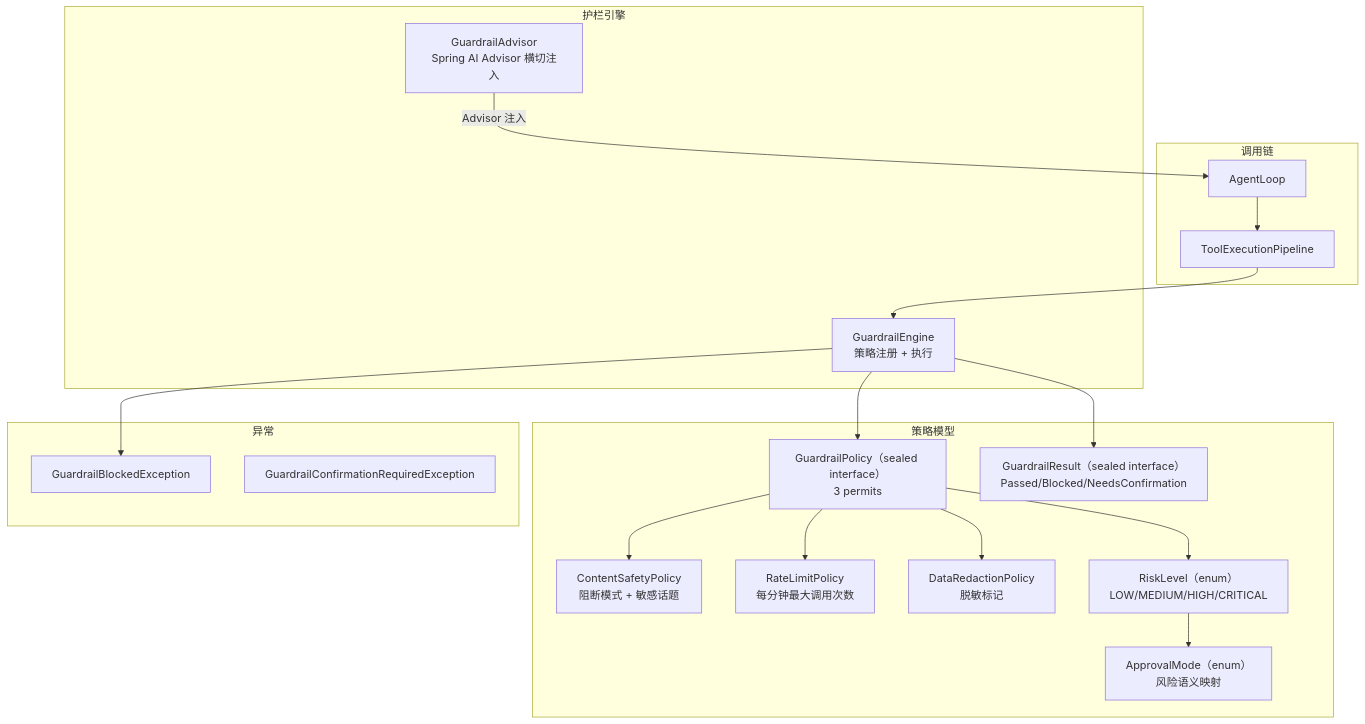
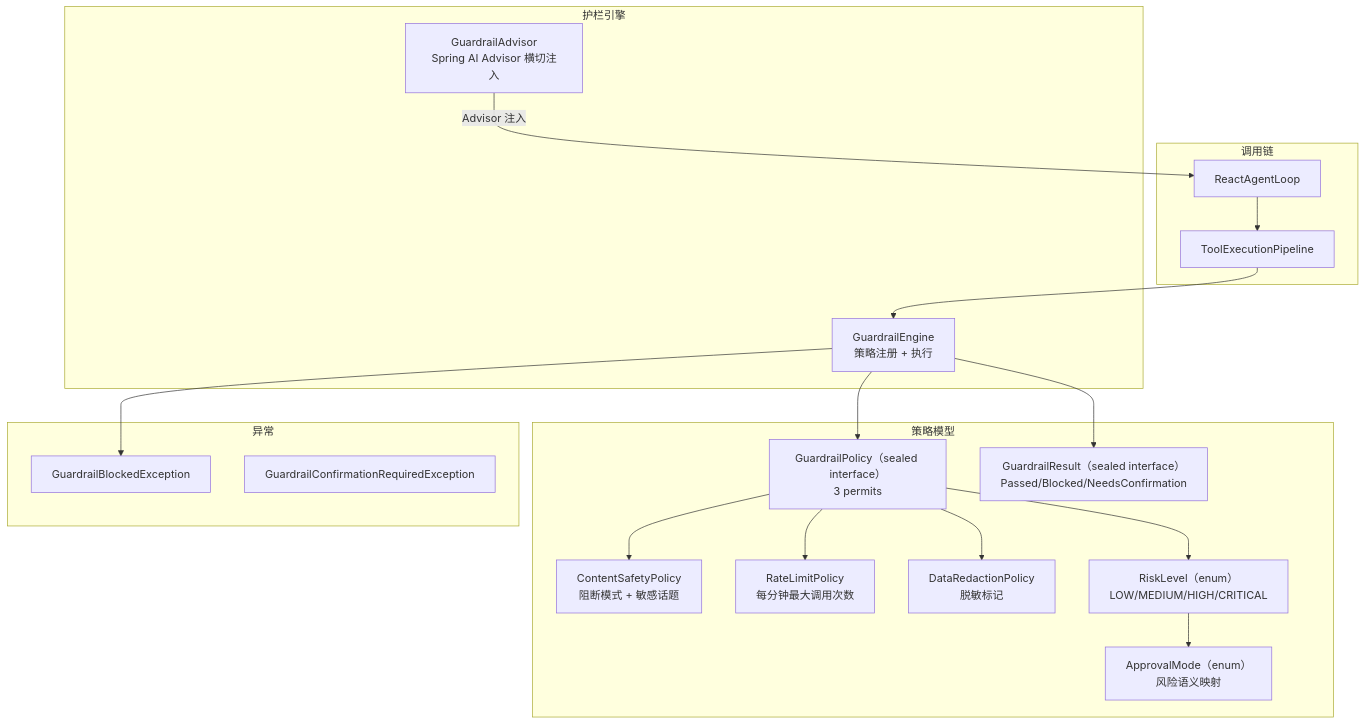
The first of 2 diagrams in docs/architecture/guardrail.md (ntygod/LifePilot), drawn with Mermaid before and after one commit. The commit also changed 14 other files, not shown here.

````diff
--- a/docs/architecture/guardrail.md
+++ b/docs/architecture/guardrail.md
@@ -13,39 +13,39 @@
 ```mermaid
 graph TB
     subgraph "调用链"
-        AGENT["AgentLoop"]
+        AGENT["ReactAgentLoop"]
         PIPE["ToolExecutionPipeline"]
     end
 
     subgraph "护栏引擎"
         ENGINE["GuardrailEngine<br/>策略注册 + 执行"]
         ADVISOR["GuardrailAdvisor<br/>Spring AI Advisor 横切注入"]
     end
 
     subgraph "策略模型"
         POLICY["GuardrailPolicy（sealed interface）<br/>3 permits"]
         CSP["ContentSafetyPolicy<br/>阻断模式 + 敏感话题"]
         RLP["RateLimitPolicy<br/>每分钟最大调用次数"]
         DRP["DataRedactionPolicy<br/>脱敏标记"]
         RISK["RiskLevel（enum）<br/>LOW/MEDIUM/HIGH/CRITICAL"]
         APPROVAL["ApprovalMode（enum）<br/>风险语义映射"]
         RESULT["GuardrailResult（sealed interface）<br/>Passed/Blocked/NeedsConfirmation"]
     end
 
     subgraph "异常"
         BLOCKED["GuardrailBlockedException"]
         CONFIRM["GuardrailConfirmationRequiredException"]
     end
 
     POLICY --> CSP
     POLICY --> RLP
     POLICY --> DRP
 
     AGENT --> PIPE --> ENGINE
     ADVISOR -->|"Advisor 注入"| AGENT
     ENGINE --> POLICY
     POLICY --> RISK
     RISK --> APPROVAL
     ENGINE --> RESULT
     ENGINE --> BLOCKED
 ```
````
